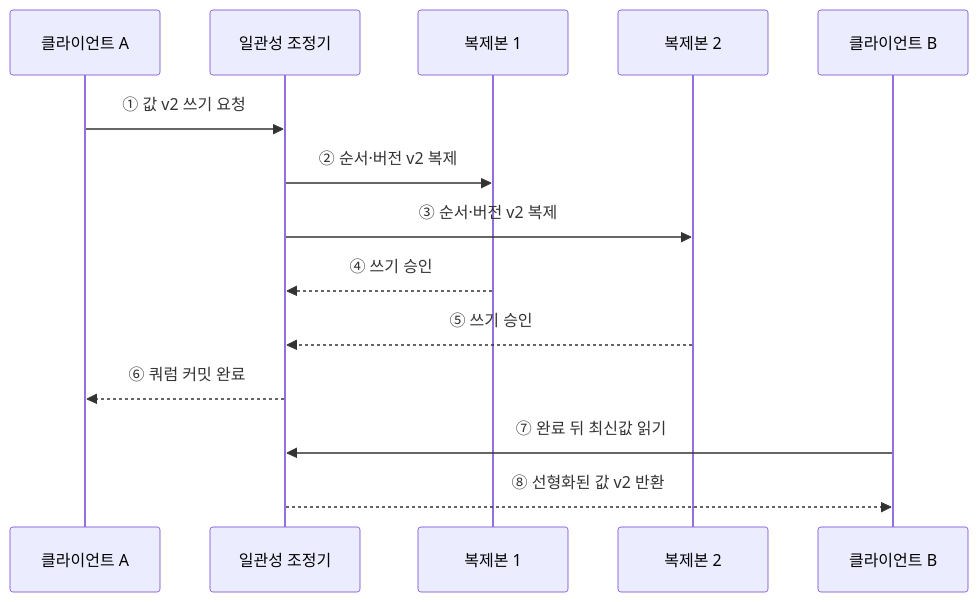
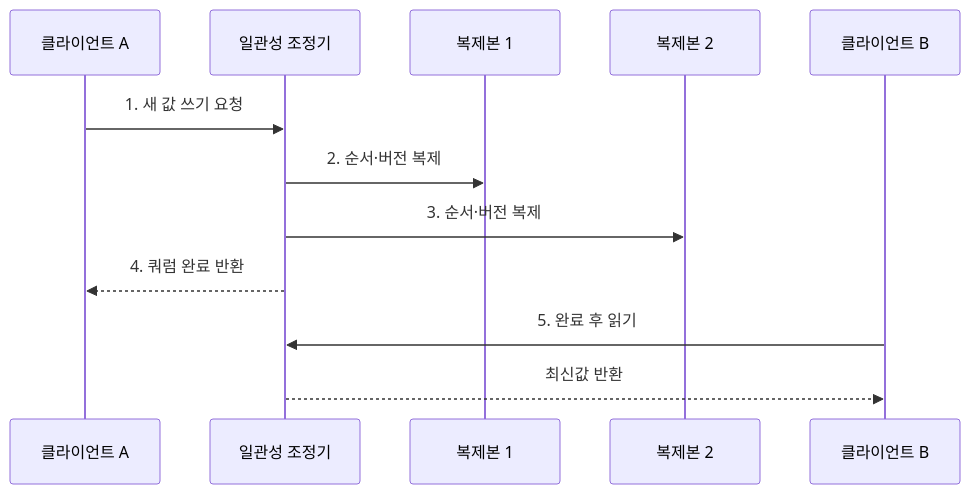
Before and after one commit to agnusdei1207/knowledge-base: the second of 2 diagrams in src/content/docs/notes/03-software/176_distributed_consistency_models.md, drawn with Mermaid. The commit also changed other lines of this file and 20 other files, not shown here.

````diff
--- a/src/content/docs/notes/03-software/176_distributed_consistency_models.md
+++ b/src/content/docs/notes/03-software/176_distributed_consistency_models.md
@@ -73,16 +83,14 @@
 ```mermaid
 sequenceDiagram
     participant A as 클라이언트 A
     participant C as 일관성 조정기
     participant R1 as 복제본 1
     participant R2 as 복제본 2
     participant B as 클라이언트 B
-    A->>C: ① 값 v2 쓰기 요청
-    C->>R1: ② 순서·버전 v2 복제
-    C->>R2: ③ 순서·버전 v2 복제
-    R1-->>C: ④ 쓰기 승인
-    R2-->>C: ⑤ 쓰기 승인
-    C-->>A: ⑥ 쿼럼 커밋 완료
-    B->>C: ⑦ 완료 뒤 최신값 읽기
-    C-->>B: ⑧ 선형화된 값 v2 반환
+    A->>C: 1. 새 값 쓰기 요청
+    C->>R1: 2. 순서·버전 복제
+    C->>R2: 3. 순서·버전 복제
+    C-->>A: 4. 쿼럼 완료 반환
+    B->>C: 5. 완료 후 읽기
+    C-->>B: 최신값 반환
 ```
````
